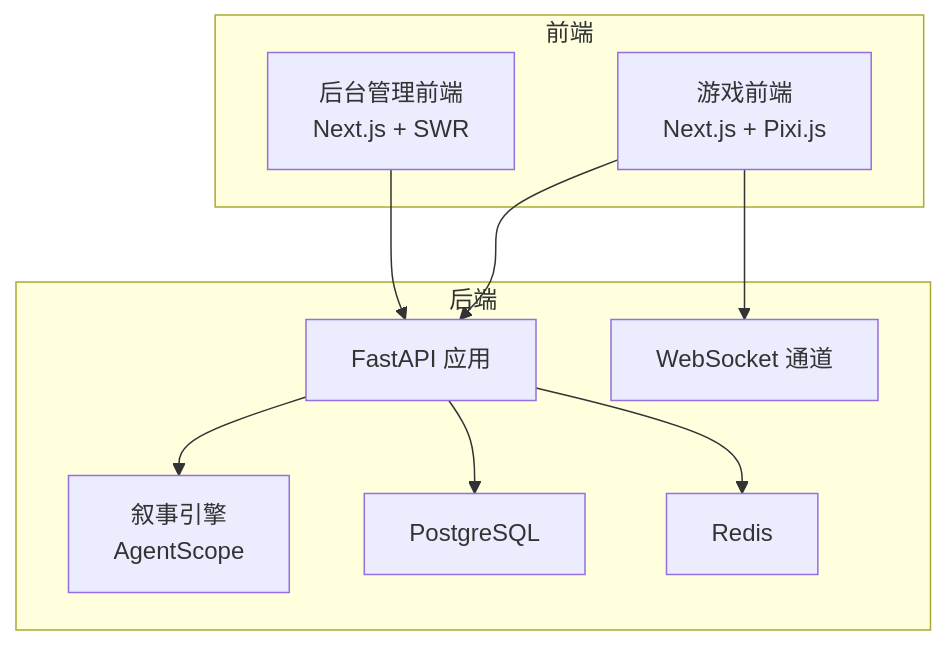
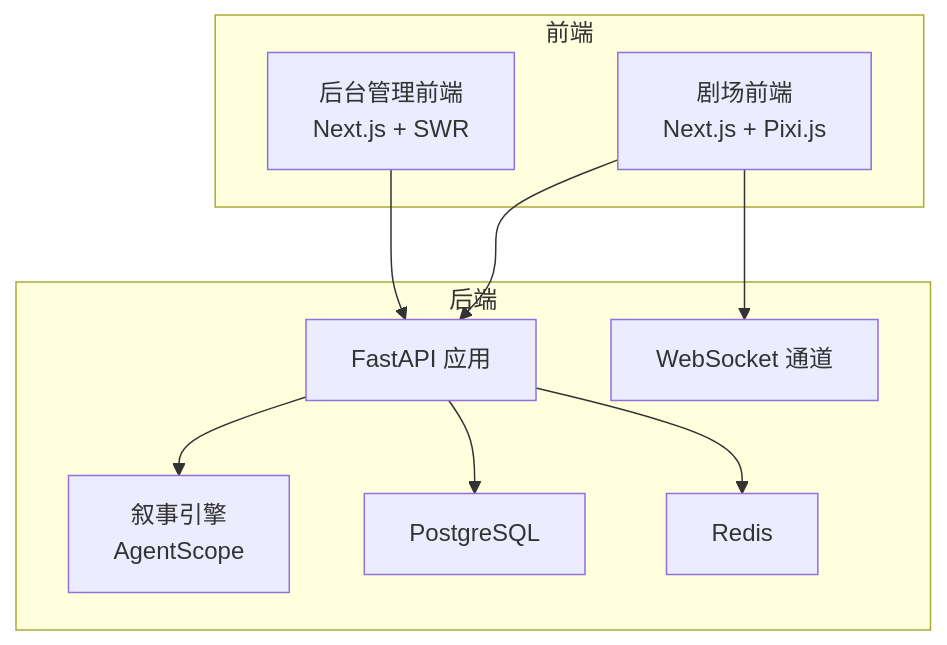
One commit to KunLabAI/KunFlix changed the first of 10 diagrams in .qoder/repowiki/zh/content/项目概述/系统简介与核心特性.md. Above: the diagram before and after it, drawn with Mermaid. The commit also changed other lines of this file and 112 other files, not shown here.

````diff
--- a/.qoder/repowiki/zh/content/项目概述/系统简介与核心特性.md
+++ b/.qoder/repowiki/zh/content/项目概述/系统简介与核心特性.md
@@ -54,20 +54,20 @@
 ```mermaid
 graph TB
 subgraph "前端"
-FE_Game["游戏前端<br/>Next.js + Pixi.js"]
+FE_Theater["剧场前端<br/>Next.js + Pixi.js"]
 FE_Admin["后台管理前端<br/>Next.js + SWR"]
 end
 subgraph "后端"
 API["FastAPI 应用"]
 NE["叙事引擎<br/>AgentScope"]
 DB["PostgreSQL"]
 REDIS["Redis"]
 WS["WebSocket 通道"]
 end
-FE_Game --> API
+FE_Theater --> API
 FE_Admin --> API
 API --> NE
 API --> DB
 API --> REDIS
-FE_Game --> WS
+FE_Theater --> WS
 ```
````
